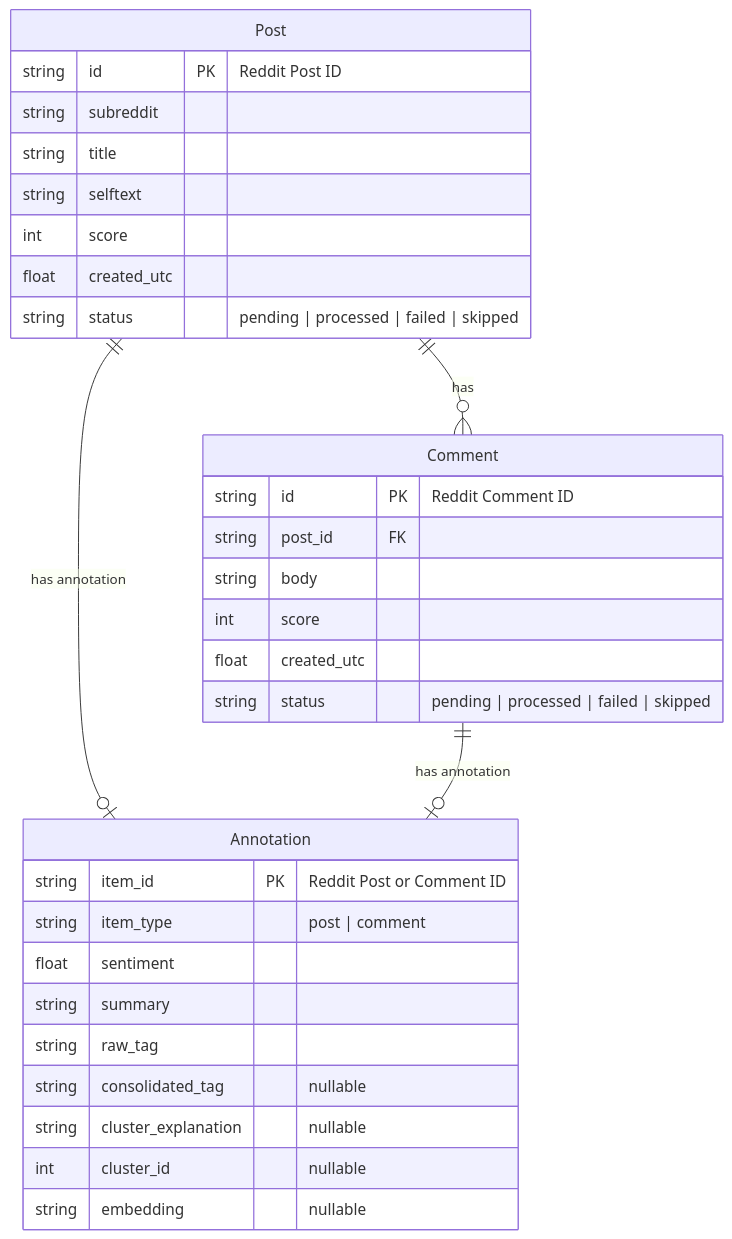
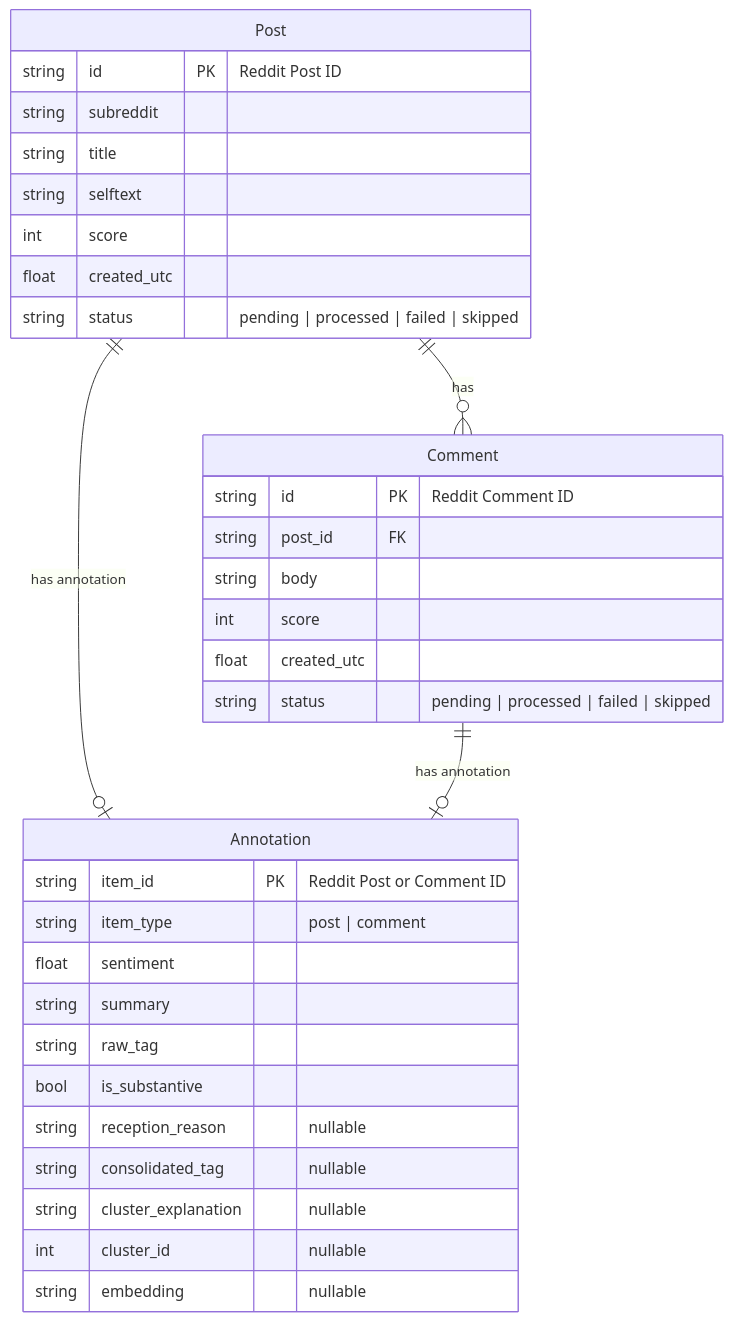
Before and after one commit to donngas/IFLS807-audience-reception-analysis: the second of 2 diagrams in README.md, drawn with Mermaid. The commit also changed other lines of this file, not shown here.

````diff
--- a/README.md
+++ b/README.md
@@ -46,35 +46,37 @@
 ```mermaid
 erDiagram
     Post {
         string id PK "Reddit Post ID"
         string subreddit
         string title
         string selftext
         int score
         float created_utc
         string status "pending | processed | failed | skipped"
     }
     Comment {
         string id PK "Reddit Comment ID"
         string post_id FK
         string body
         int score
         float created_utc
         string status "pending | processed | failed | skipped"
     }
     Annotation {
         string item_id PK "Reddit Post or Comment ID"
         string item_type "post | comment"
         float sentiment
         string summary
         string raw_tag
+        bool is_substantive
+        string reception_reason "nullable"
         string consolidated_tag "nullable"
         string cluster_explanation "nullable"
         int cluster_id "nullable"
         string embedding "nullable"
     }
 
     Post ||--o{ Comment : "has"
     Post ||--o| Annotation : "has annotation"
     Comment ||--o| Annotation : "has annotation"
 ```
````
